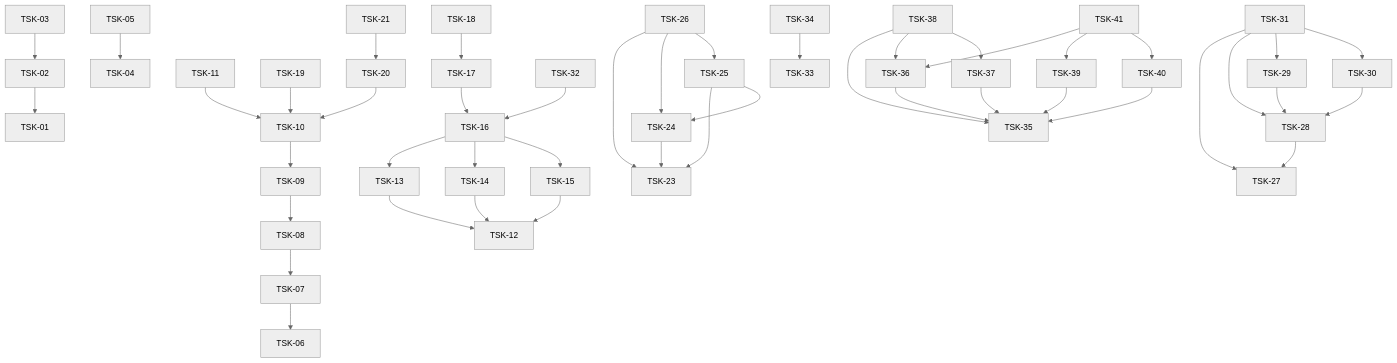
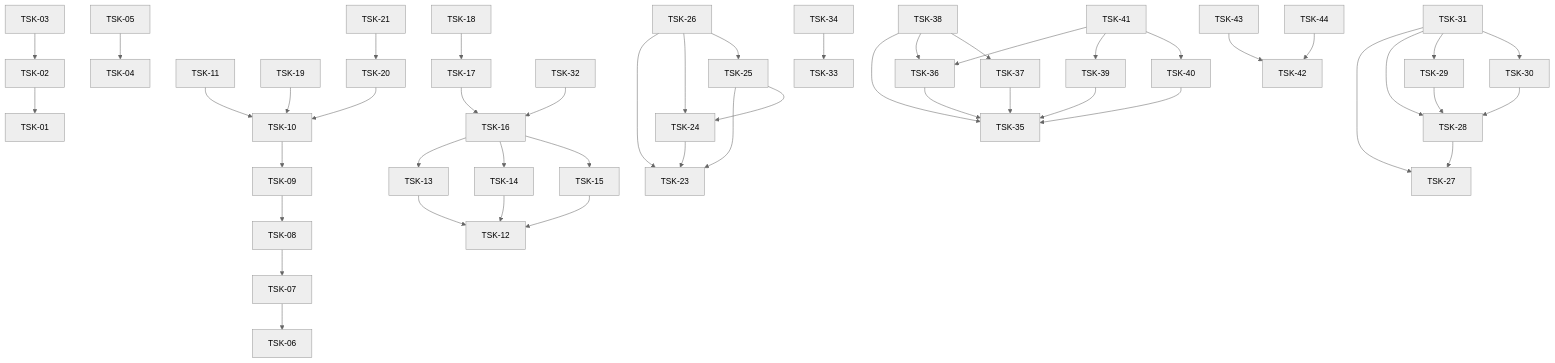
One commit to RubaXa/gennady changed the diagram in tasks/README.md. Above: the diagram before and after it, drawn with Mermaid (neutral theme). The commit also changed other lines of this file and 40 other files, not shown here.

````diff
--- a/tasks/README.md
+++ b/tasks/README.md
@@ -60,47 +60,49 @@
 ```mermaid
 graph TD
     TSK-02 --> TSK-01
     TSK-03 --> TSK-02
     TSK-05 --> TSK-04
     TSK-07 --> TSK-06
     TSK-08 --> TSK-07
     TSK-09 --> TSK-08
     TSK-10 --> TSK-09
     TSK-11 --> TSK-10
     TSK-19 --> TSK-10
     TSK-20 --> TSK-10
     TSK-21 --> TSK-20
     TSK-13 --> TSK-12
     TSK-14 --> TSK-12
     TSK-15 --> TSK-12
     TSK-16 --> TSK-13
     TSK-16 --> TSK-14
     TSK-16 --> TSK-15
     TSK-17 --> TSK-16
     TSK-18 --> TSK-17
     TSK-32 --> TSK-16
     TSK-24 --> TSK-23
     TSK-25 --> TSK-23
     TSK-25 --> TSK-24
     TSK-26 --> TSK-23
     TSK-26 --> TSK-24
     TSK-26 --> TSK-25
     TSK-28 --> TSK-27
     TSK-29 --> TSK-28
     TSK-30 --> TSK-28
     TSK-31 --> TSK-27
     TSK-31 --> TSK-28
     TSK-31 --> TSK-29
     TSK-31 --> TSK-30
     TSK-34 --> TSK-33
     TSK-36 --> TSK-35
     TSK-37 --> TSK-35
     TSK-38 --> TSK-35
     TSK-38 --> TSK-36
     TSK-38 --> TSK-37
     TSK-39 --> TSK-35
     TSK-40 --> TSK-35
     TSK-41 --> TSK-36
     TSK-41 --> TSK-39
     TSK-41 --> TSK-40
+    TSK-43 --> TSK-42
+    TSK-44 --> TSK-42
 ```
````
